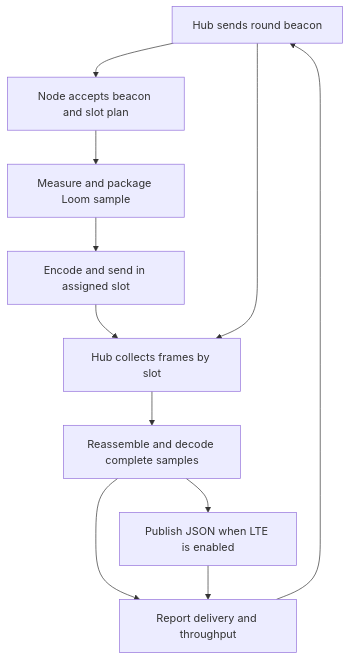
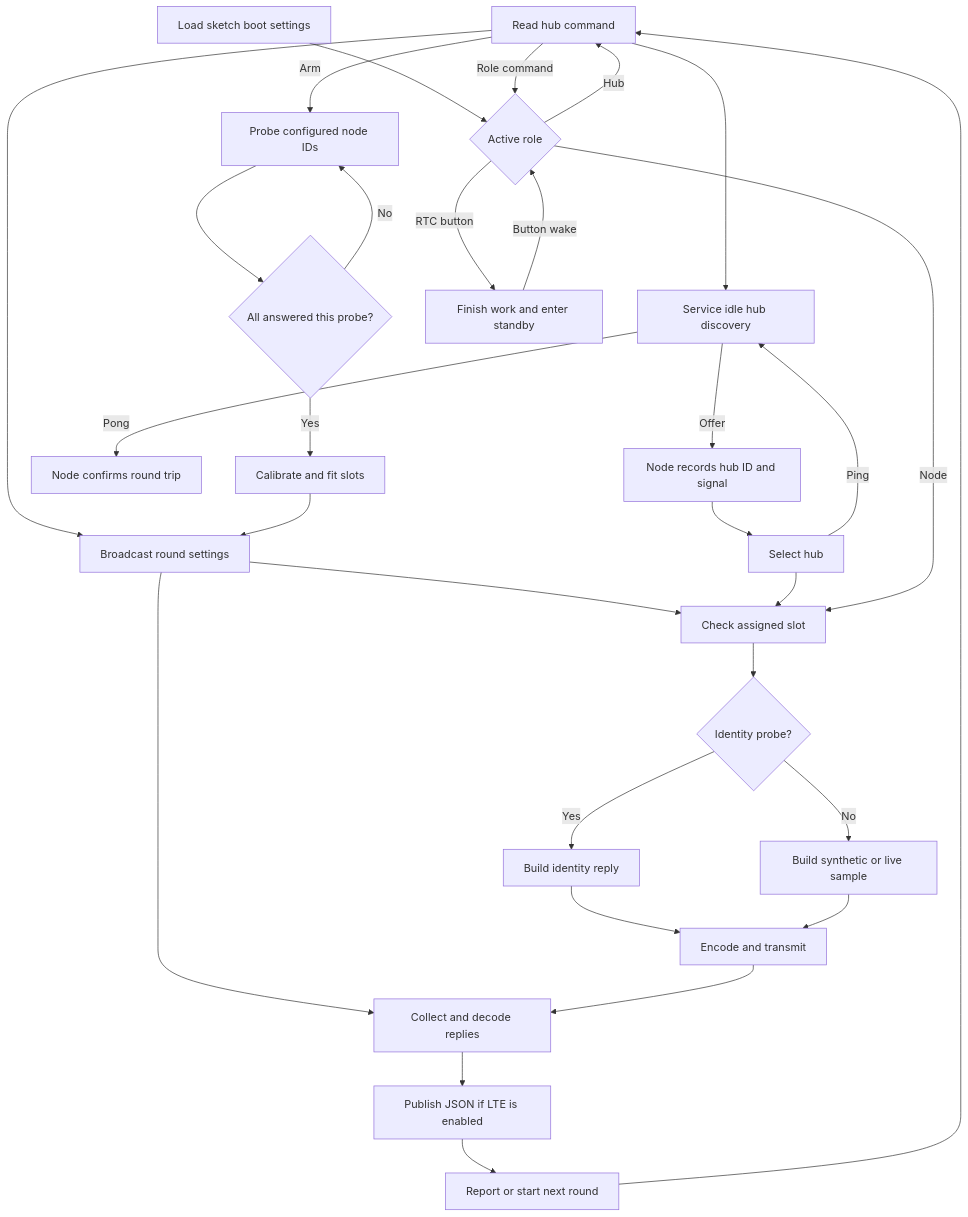
One commit to OPEnSLab-OSU/Loom-V4 changed the diagram in examples/Radio/LoRa_Benchmark/README.md. Above: the diagram before and after it, drawn with Mermaid. The commit also changed other lines of this file and 25 other files, not shown here.

````diff
--- a/examples/Radio/LoRa_Benchmark/README.md
+++ b/examples/Radio/LoRa_Benchmark/README.md
@@ -26,21 +169,42 @@
 ```mermaid
 flowchart TD
-    H0["Hub sends round beacon"]
-    N0["Node accepts beacon and slot plan"]
-    N1["Measure and package Loom sample"]
-    N2["Encode and send in assigned slot"]
-    H1["Hub collects frames by slot"]
-    H2["Reassemble and decode complete samples"]
-    H3["Publish JSON when LTE is enabled"]
-    H4["Report delivery and throughput"]
+    C["Read hub command"]
+    H0["Broadcast round settings"]
+    N0["Check assigned slot"]
+    N1{"Identity probe?"}
+    N2["Build identity reply"]
+    N3["Build synthetic or live sample"]
+    N4["Encode and transmit"]
+    H1["Collect and decode replies"]
+    H2["Publish JSON if LTE is enabled"]
+    H3["Report or start next round"]
+    C --> H0
     H0 --> N0
     N0 --> N1
-    N1 --> N2
-    N2 --> H1
+    N1 -->|Yes| N2
+    N1 -->|No| N3
+    N2 --> N4
+    N3 --> N4
     H0 --> H1
+    N4 --> H1
     H1 --> H2
     H2 --> H3
-    H2 --> H4
-    H3 --> H4
-    H4 --> H0
+    H3 --> C
+    C --> I["Service idle hub discovery"]
+    I -->|Offer| D["Node records hub ID and signal"]
+    D --> S["Select hub"]
+    S -->|Ping| I
+    I -->|Pong| P["Node confirms round trip"]
+    S --> N0
+    B["Load sketch boot settings"] --> R{"Active role"}
+    R -->|Hub| C
+    R -->|Node| N0
+    C -->|Role command| R
+    C -->|Arm| A["Probe configured node IDs"]
+    A --> J{"All answered this probe?"}
+    J -->|No| A
+    J -->|Yes| K["Calibrate and fit slots"]
+    R -->|RTC button| T["Finish work and enter standby"]
+    T -->|Button wake| R
+    K --> H0
 ```
````
